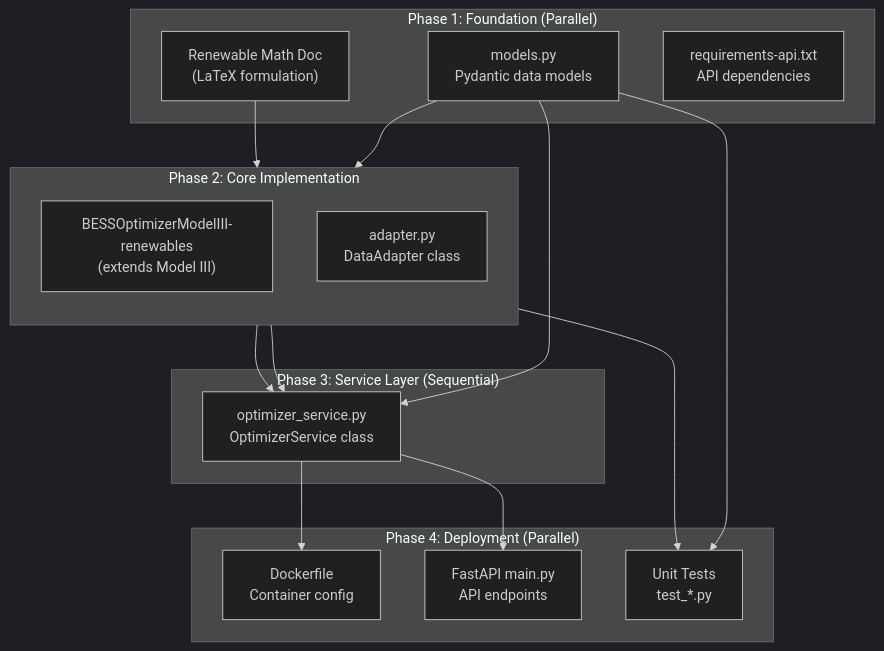
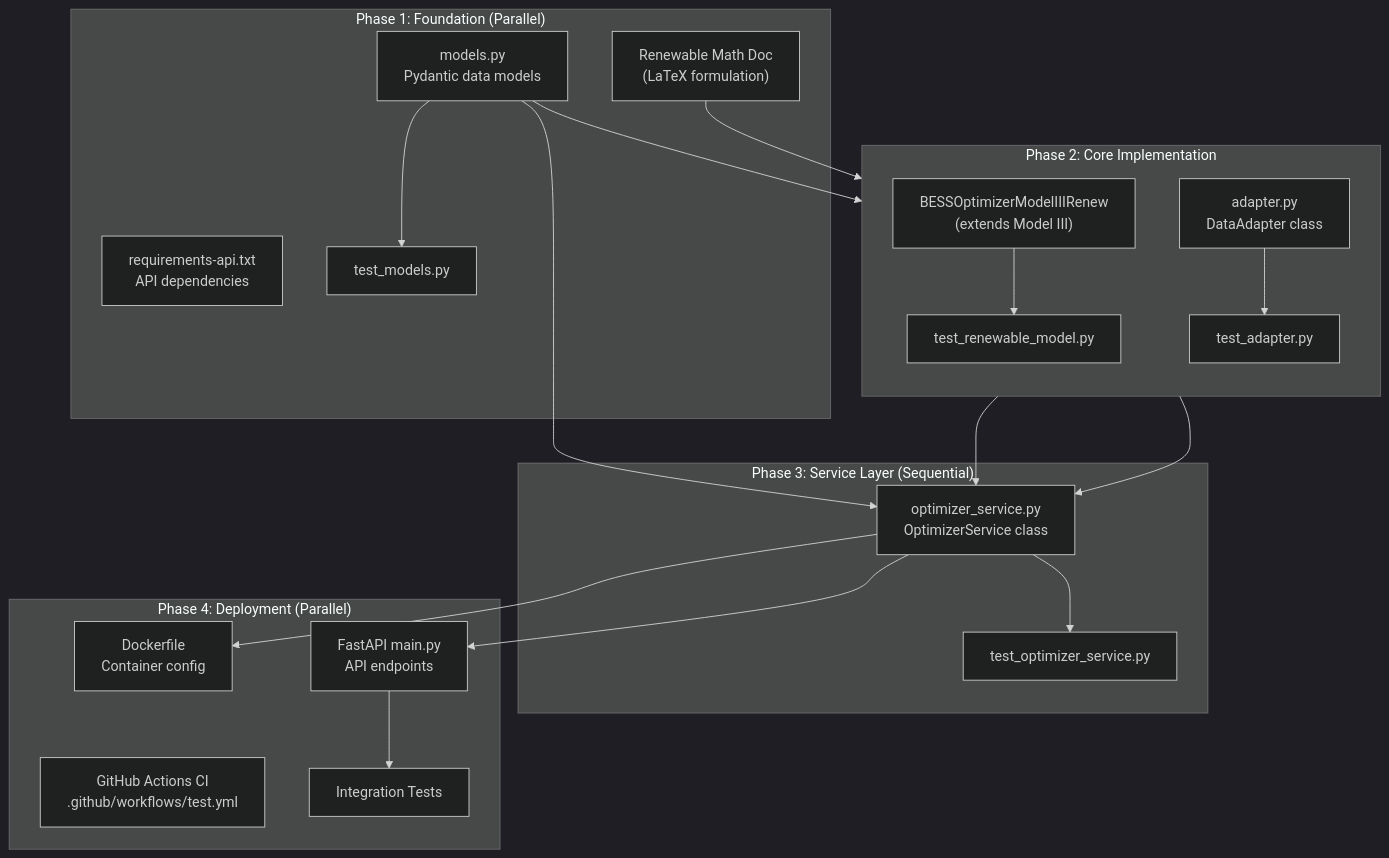
Before and after one commit to GenLI3202/GridKey: the diagram in doc/dev_plans/ibm_hack_dev_plan.md, drawn with Mermaid (dark theme). The commit also changed other lines of this file and 4 other files, not shown here.

````diff
--- a/doc/dev_plans/ibm_hack_dev_plan.md
+++ b/doc/dev_plans/ibm_hack_dev_plan.md
@@ -372,35 +186,45 @@
 ```mermaid
 flowchart TB
     subgraph Phase1["Phase 1: Foundation (Parallel)"]
         A1["models.py<br/>Pydantic data models"]
         A2["Renewable Math Doc<br/>(LaTeX formulation)"]
         A3["requirements-api.txt<br/>API dependencies"]
+        A1T["test_models.py"]
     end
 
     subgraph Phase2["Phase 2: Core Implementation"]
         direction TB
-        B1["BESSOptimizerModelIII-renewables<br/>(extends Model III)"]
+        B1["BESSOptimizerModelIIIRenew<br/>(extends Model III)"]
         B2["adapter.py<br/>DataAdapter class"]
+        B1T["test_renewable_model.py"]
+        B2T["test_adapter.py"]
     end
 
     subgraph Phase3["Phase 3: Service Layer (Sequential)"]
         C1["optimizer_service.py<br/>OptimizerService class"]
+        C1T["test_optimizer_service.py"]
     end
 
     subgraph Phase4["Phase 4: Deployment (Parallel)"]
         D1["Dockerfile<br/>Container config"]
         D2["FastAPI main.py<br/>API endpoints"]
-        D3["Unit Tests<br/>test_*.py"]
+        D3["GitHub Actions CI<br/>.github/workflows/test.yml"]
+        D4["Integration Tests"]
     end
 
-    %% Dependencies
+    %% Implementation Dependencies
     A1 --> B2
     A1 --> C1
     A2 --> B1
     B1 --> C1
     B2 --> C1
     C1 --> D1
     C1 --> D2
-    A1 --> D3
-    B1 --> D3
+    
+    %% Test Dependencies (per-phase)
+    A1 --> A1T
+    B1 --> B1T
+    B2 --> B2T
+    C1 --> C1T
+    D2 --> D4
 ```
````
